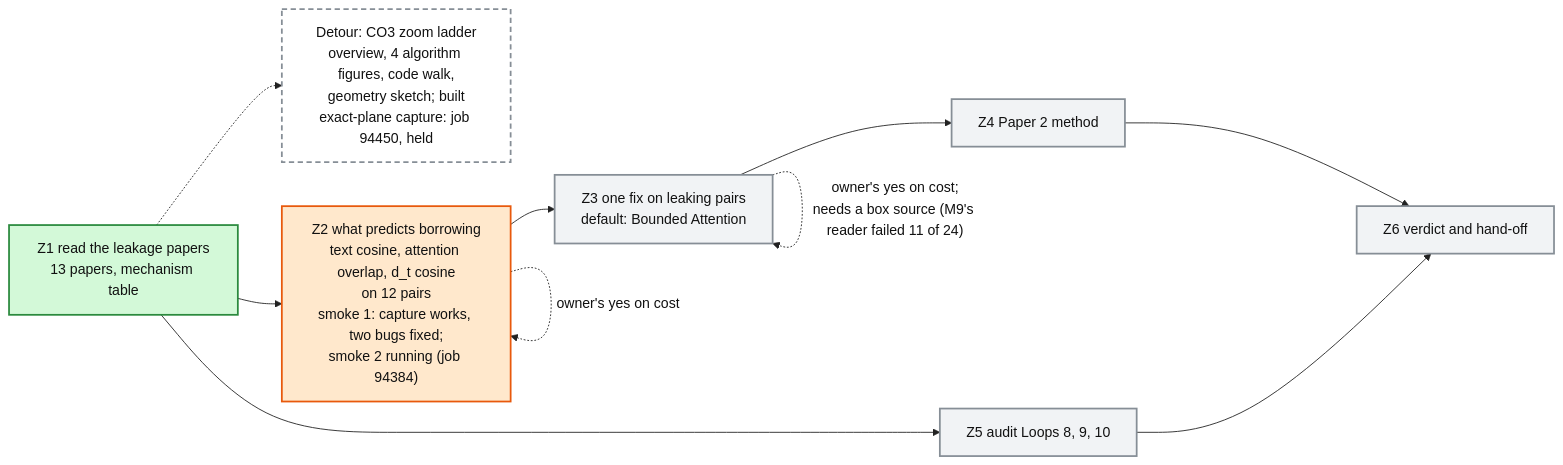
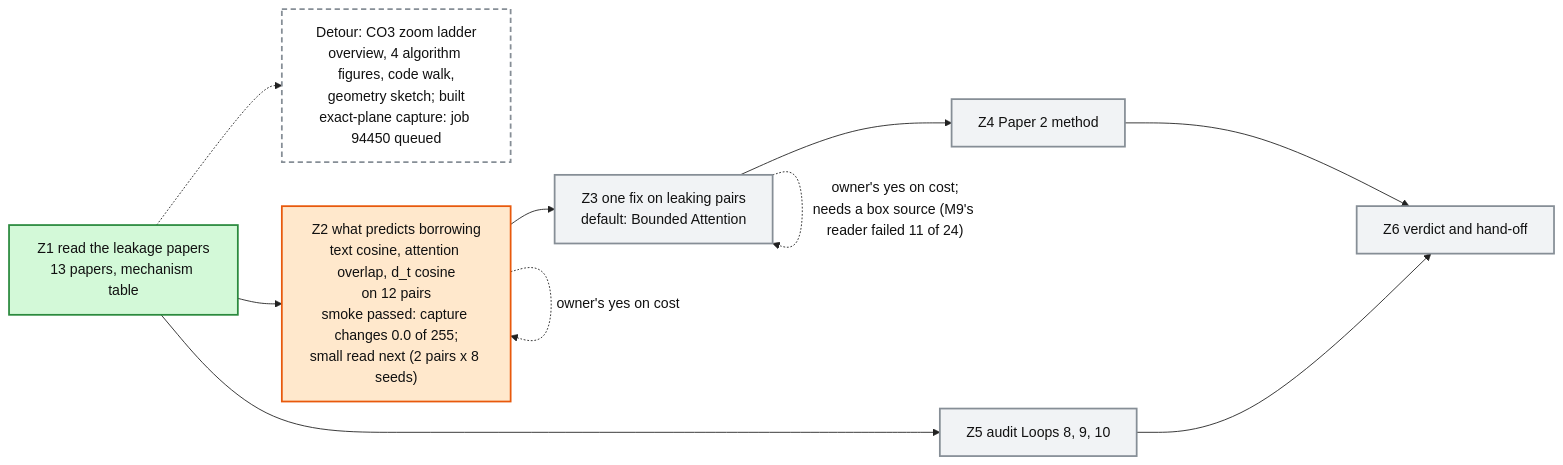
Before and after one commit to mo-rsa24/concept-composition: the diagram in artifacts/notes/progress/leakage/loop-12-progress.mmd, drawn with Mermaid. The commit also changed 1 other file, not shown here.

Commit message:
Loop 12 map: Z2 smoke passed

```diff
--- a/artifacts/notes/progress/leakage/loop-12-progress.mmd
+++ b/artifacts/notes/progress/leakage/loop-12-progress.mmd
@@ -1,18 +1,18 @@
 %%{init: {'theme': 'base', 'themeVariables': {'fontFamily': 'monospace', 'primaryColor': '#ffffff', 'primaryBorderColor': '#222222', 'primaryTextColor': '#111111', 'lineColor': '#222222'}}}%%
 flowchart LR
   Z1["Z1 read the leakage papers<br/>13 papers, mechanism table"]:::done
-  Z2["Z2 what predicts borrowing<br/>text cosine, attention overlap, d_t cosine<br/>on 12 pairs<br/>smoke 1: capture works, two bugs fixed;<br/>smoke 2 running (job 94384)"]:::doing
+  Z2["Z2 what predicts borrowing<br/>text cosine, attention overlap, d_t cosine<br/>on 12 pairs<br/>smoke passed: capture changes 0.0 of 255;<br/>small read next (2 pairs x 8 seeds)"]:::doing
   Z3["Z3 one fix on leaking pairs<br/>default: Bounded Attention"]:::todo
   Z4["Z4 Paper 2 method"]:::todo
   Z5["Z5 audit Loops 8, 9, 10"]:::todo
   Z6["Z6 verdict and hand-off"]:::todo
-  LAD["Detour: CO3 zoom ladder<br/>overview, 4 algorithm figures, code walk,<br/>geometry sketch; built<br/>exact-plane capture: job 94450, held"]:::detour
+  LAD["Detour: CO3 zoom ladder<br/>overview, 4 algorithm figures, code walk,<br/>geometry sketch; built<br/>exact-plane capture: job 94450 queued"]:::detour
   Z1 -.-> LAD
   Z1 --> Z2 --> Z3 --> Z4 --> Z6
   Z1 --> Z5 --> Z6
   Z2 -. "owner's yes on cost" .-> Z2
   Z3 -. "owner's yes on cost;<br/>needs a box source (M9's reader failed 11 of 24)" .-> Z3
   classDef done fill:#d3f9d8,stroke:#2b8a3e,stroke-width:2px
   classDef doing fill:#ffe8cc,stroke:#e8590c,stroke-width:2px
   classDef detour fill:#ffffff,stroke:#868e96,stroke-width:2px,stroke-dasharray: 6 4
   classDef todo fill:#f1f3f5,stroke:#868e96,stroke-width:2px
```
